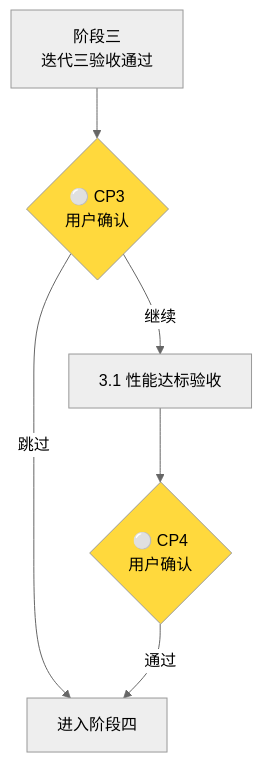
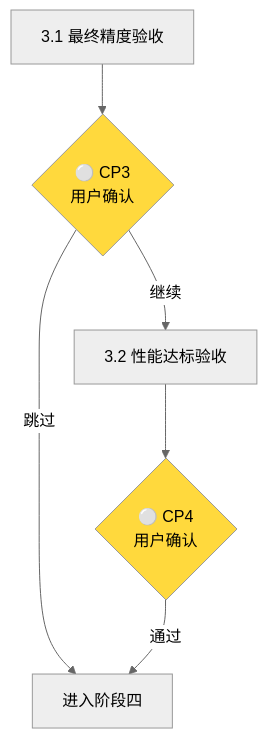
One commit to hicann/cannbot-skills changed the third of 4 diagrams in plugins-official/ops-registry-invoke/workflow/SKILL.md. Above: the diagram before and after it, drawn with Mermaid (neutral theme). The commit also changed other lines of this file and 10 other files, not shown here.

````diff
--- a/plugins-official/ops-registry-invoke/workflow/SKILL.md
+++ b/plugins-official/ops-registry-invoke/workflow/SKILL.md
@@ -138,11 +139,11 @@
 ```mermaid
 graph TB
-    C1[阶段三<br/>迭代三验收通过] --> CP3{⚪ CP3<br/>用户确认}
-    CP3 -->|继续| C2[3.1 性能达标验收]
+    C1[3.1 最终精度验收] --> CP3{⚪ CP3<br/>用户确认}
+    CP3 -->|继续| C2[3.2 性能达标验收]
     CP3 -->|跳过| End[进入阶段四]
     C2 --> CP4{⚪ CP4<br/>用户确认}
     CP4 -->|通过| End
     
     style CP3 fill:#ffd93d
     style CP4 fill:#ffd93d
 ```
````
